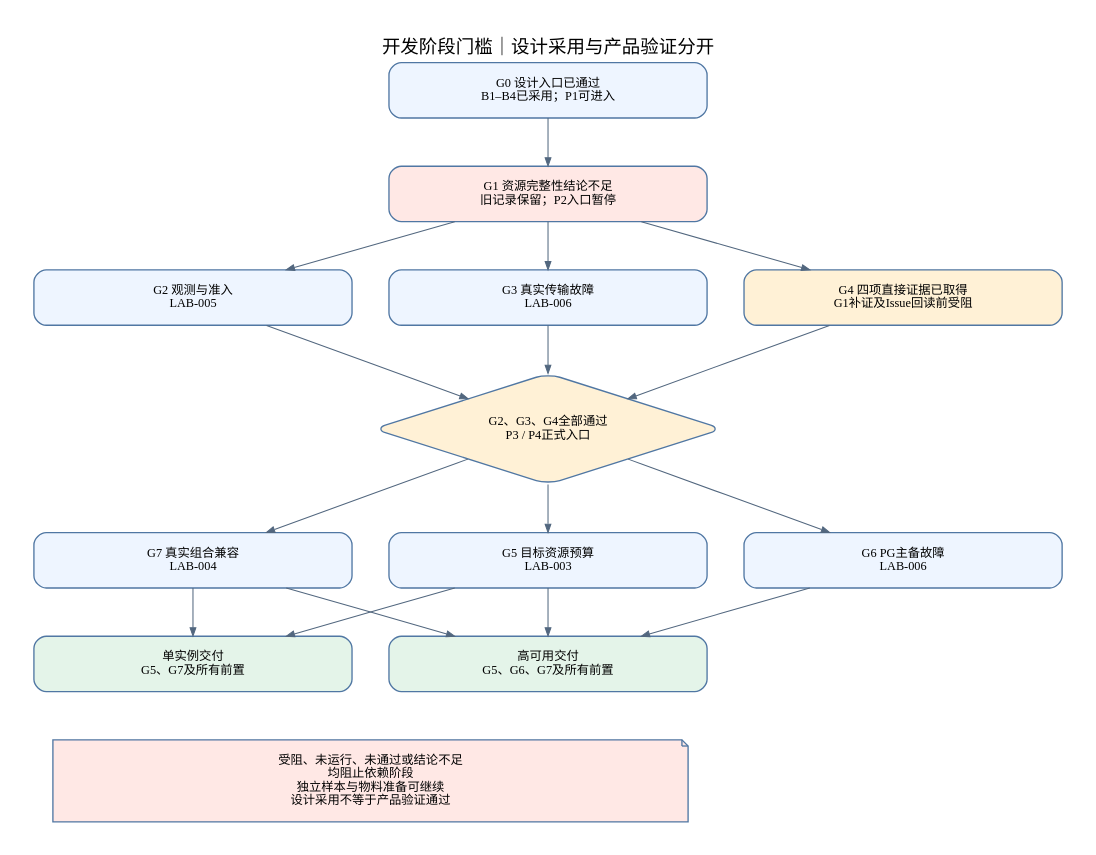
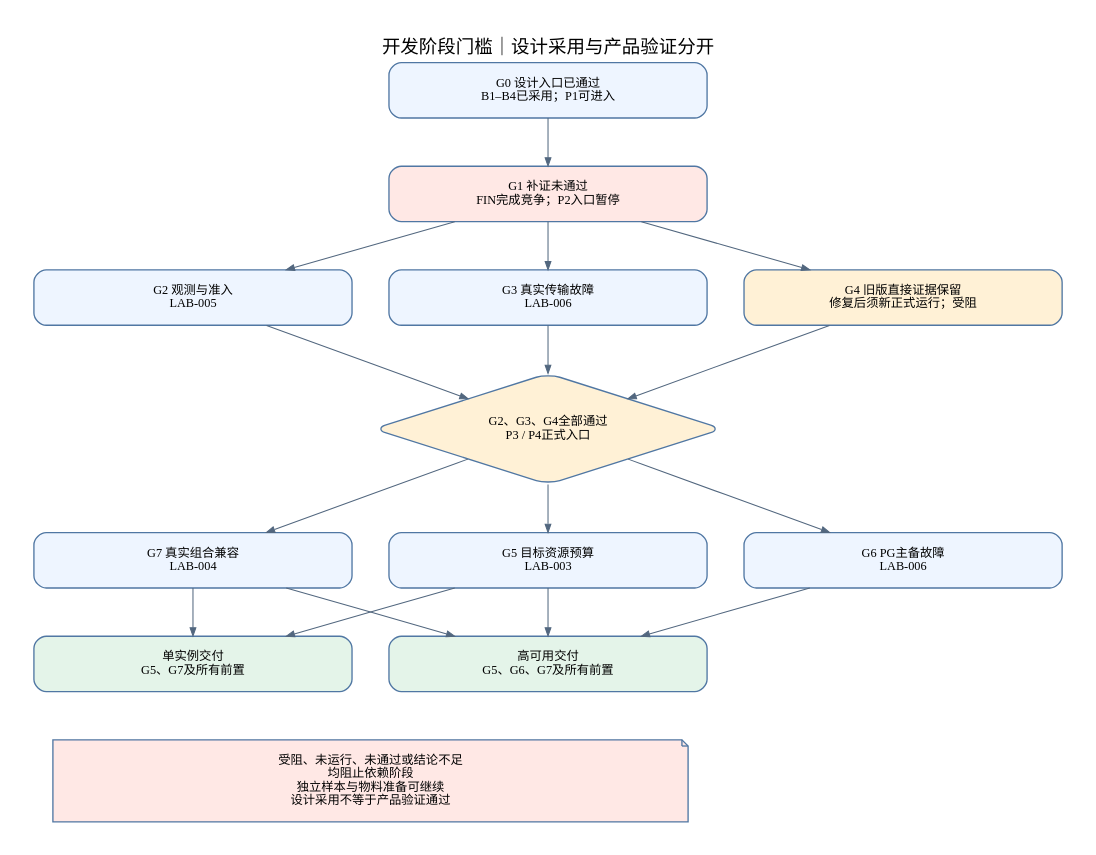
One commit to wyw-ai/loom-oi changed the diagram in docs/architecture/diagrams/v0.7/06-delivery-dependencies.dot. Above: the diagram before and after it, drawn with Graphviz. The commit also changed 40 other files, not shown here.

```diff
--- a/docs/architecture/diagrams/v0.7/06-delivery-dependencies.dot
+++ b/docs/architecture/diagrams/v0.7/06-delivery-dependencies.dot
@@ -1,23 +1,23 @@
 digraph G {
 graph [bgcolor="white",pad="0.35",nodesep="0.5",ranksep="0.65",fontname="Noto Sans SC",fontsize=18,labelloc="t",splines=polyline];
 node [shape=box,style="rounded,filled",fillcolor="#eef5ff",color="#5077a3",fontname="Noto Sans SC",fontsize=12,width=4.3,margin="0.35,0.2",penwidth=1.3];
 edge [color="#52677f",fontname="Noto Sans SC",fontsize=10,arrowsize=0.8];
 rankdir=TB;label="开发阶段门槛｜设计采用与产品验证分开";
  g0[label="G0 设计入口已通过\nB1–B4已采用；P1可进入"];
- g1[label="G1 资源完整性结论不足\n旧记录保留；P2入口暂停",fillcolor="#ffe8e5"];
+ g1[label="G1 补证未通过\nFIN完成竞争；P2入口暂停",fillcolor="#ffe8e5"];
  g2[label="G2 观测与准入\nLAB-005"];
  g3[label="G3 真实传输故障\nLAB-006"];
- g4[label="G4 四项直接证据已取得\nG1补证及Issue回读前受阻",fillcolor="#fff1d6"];
+ g4[label="G4 旧版直接证据保留\n修复后须新正式运行；受阻",fillcolor="#fff1d6"];
  gate[label="G2、G3、G4全部通过\nP3 / P4正式入口",shape=diamond,fillcolor="#fff1d6"];
  g5[label="G5 目标资源预算\nLAB-003"];
  g6[label="G6 PG主备故障\nLAB-006"];
  g7[label="G7 真实组合兼容\nLAB-004"];
  single[label="单实例交付\nG5、G7及所有前置",fillcolor="#e4f4e9"];
  ha[label="高可用交付\nG5、G6、G7及所有前置",fillcolor="#e4f4e9"];
  g0->g1;g1->g2;g1->g3;g1->g4;{rank=same;g2;g3;g4;}
  g2->gate;g3->gate;g4->gate;gate->g5;gate->g6;gate->g7;{rank=same;g5;g6;g7;}
  g5->single;g7->single;g5->ha;g6->ha;g7->ha;
  note[label="受阻、未运行、未通过或结论不足\n均阻止依赖阶段\n独立样本与物料准备可继续\n设计采用不等于产品验证通过",width=8.6,shape=note,fillcolor="#ffe8e5"];
  single->note[style=invis];ha->note[style=invis];
 
 }
```
